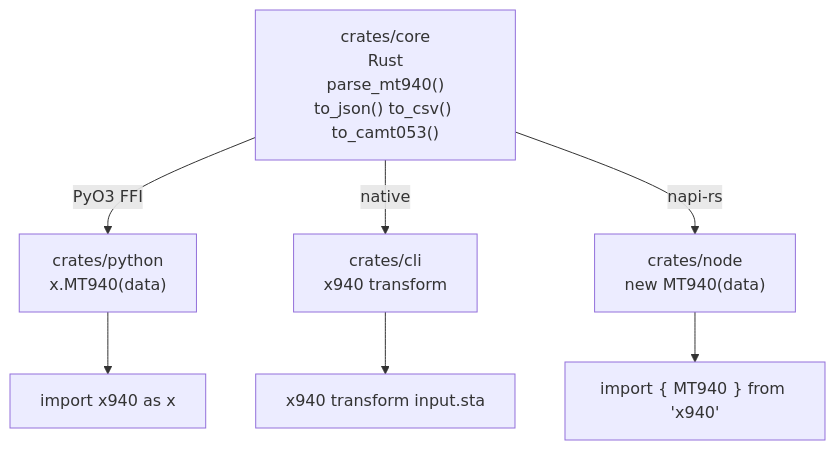
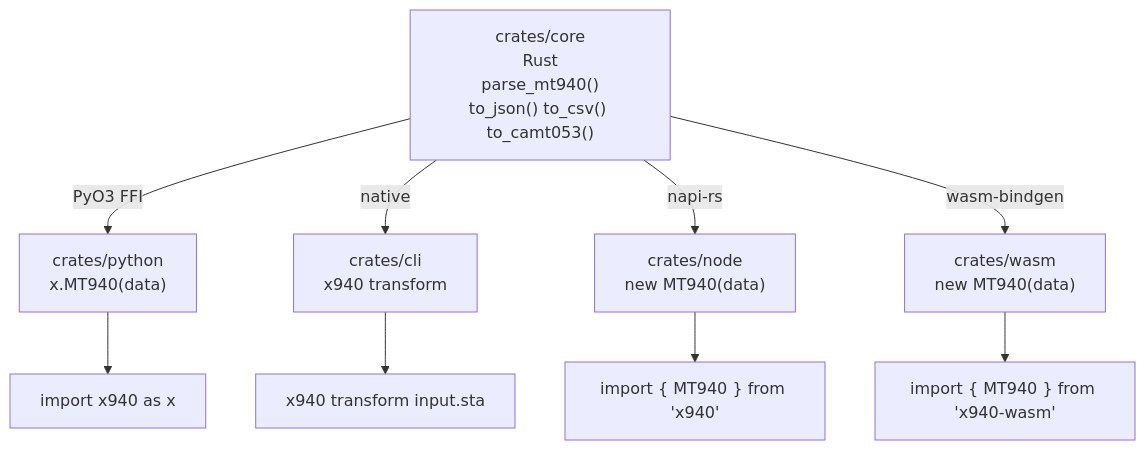
Diagram 13 of 13 in TECHNICAL.md (tahzeer/x940), drawn with Mermaid before and after one commit. The commit also changed other lines of this file and 4 other files, not shown here.

````diff
--- a/TECHNICAL.md
+++ b/TECHNICAL.md
@@ -327,11 +335,13 @@
 ```mermaid
 flowchart TD
     core["crates/core<br/>Rust<br/>parse_mt940()<br/>to_json() to_csv() to_camt053()"]
     core -->|"PyO3 FFI"| py["crates/python<br/>x.MT940(data)"]
     core -->|"native"| cli["crates/cli<br/>x940 transform"]
     core -->|"napi-rs"| node["crates/node<br/>new MT940(data)"]
+    core -->|"wasm-bindgen"| wasm["crates/wasm<br/>new MT940(data)"]
 
     py --> python_user["import x940 as x"]
     cli --> terminal_user["x940 transform input.sta"]
     node --> ts_user["import { MT940 } from 'x940'"]
+    wasm --> browser_user["import { MT940 } from 'x940-wasm'"]
 ```
````
